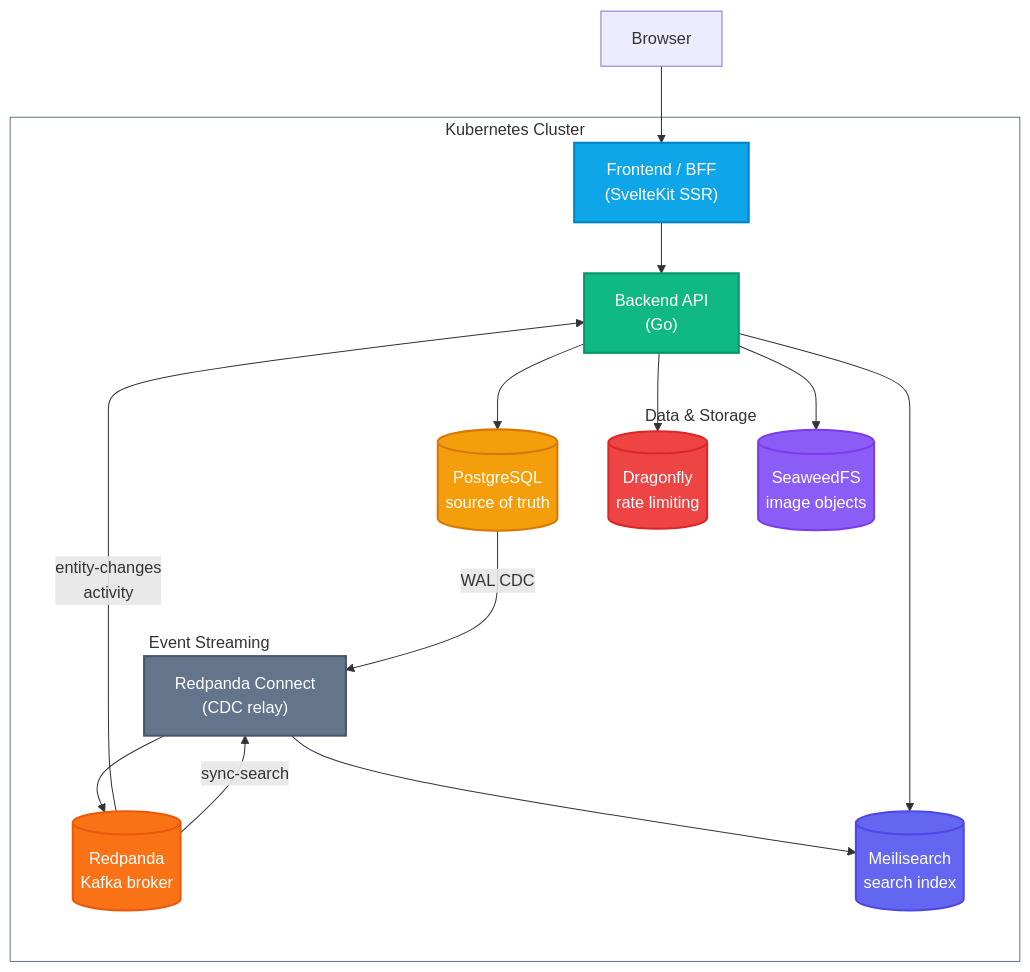
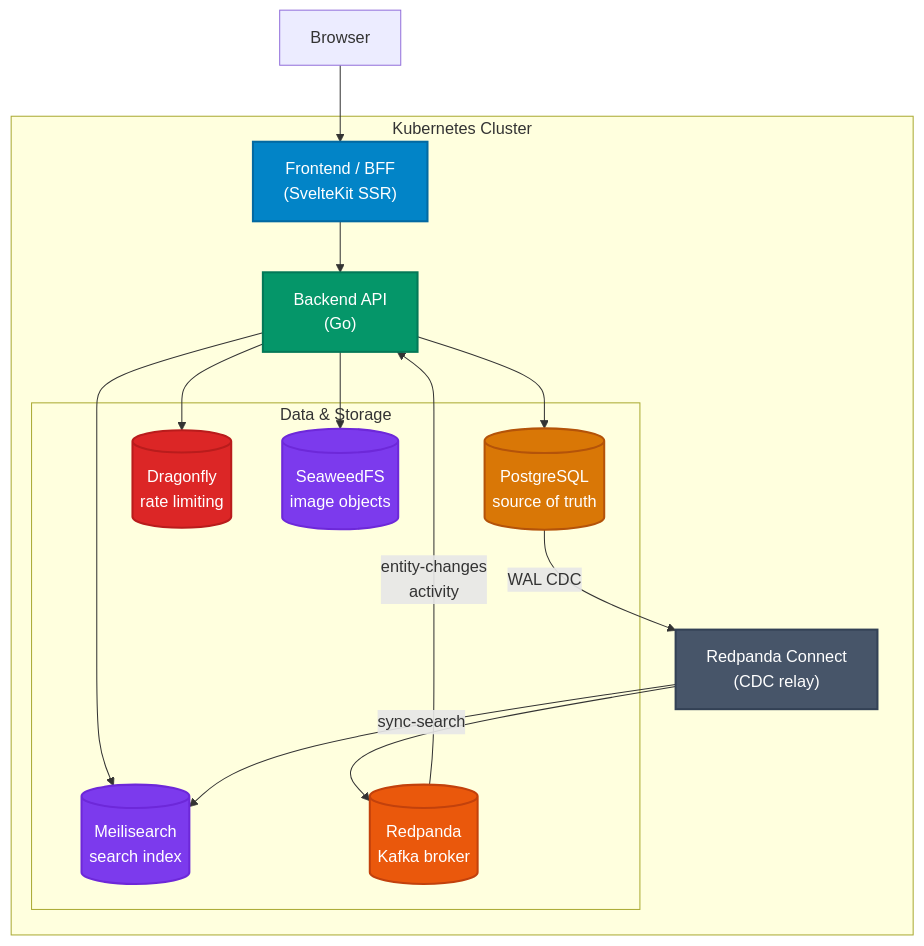
The diagram in README.md (robbdimitrov/pixelgram), drawn with Mermaid before and after one commit. The commit also changed 1 other file, not shown here.

Commit message:
docs: update audit tracker with completed fixes

````diff
--- a/README.md
+++ b/README.md
@@ -23,46 +23,38 @@
 ```mermaid
 graph TD
     Browser["Browser"]
 
     subgraph cluster ["Kubernetes Cluster"]
         Web["Frontend / BFF<br>(SvelteKit SSR)"]:::frontend
         API["Backend API<br>(Go)"]:::backend
 
         subgraph data ["Data & Storage"]
             DB[("PostgreSQL<br>source of truth")]:::database
             Cache[("Dragonfly<br>rate limiting")]:::cache
             Blob[("SeaweedFS<br>image objects")]:::storage
-            Search[("Meilisearch<br>search index")]:::search
+            Search[("Meilisearch<br>search index")]:::storage
+            Broker[("Redpanda<br>Kafka broker")]:::broker
         end
-
-        subgraph streaming ["Event Streaming"]
-            Broker[("Redpanda<br>Kafka broker")]:::broker
-            Connect["Redpanda Connect<br>(CDC relay)"]:::connect
-        end
+        Connect["Redpanda Connect<br>(CDC relay)"]:::relay
     end
 
     Browser --> Web
     Web --> API
-    API --> DB
-    API --> Cache
-    API --> Blob
-    API --> Search
+    
+    API --> DB & Cache & Blob & Search
+    
     DB -->|WAL CDC| Connect
     Connect --> Broker
     Broker -->|entity-changes<br>activity| API
-    Broker -->|sync-search| Connect
-    Connect --> Search
+    Connect -->|sync-search| Search
 
-    classDef frontend fill:#0ea5e9,stroke:#0284c7,stroke-width:2px,color:#fff
-    classDef backend fill:#10b981,stroke:#059669,stroke-width:2px,color:#fff
-    classDef database fill:#f59e0b,stroke:#d97706,stroke-width:2px,color:#fff
-    classDef storage fill:#8b5cf6,stroke:#7c3aed,stroke-width:2px,color:#fff
-    classDef cache fill:#ef4444,stroke:#dc2626,stroke-width:2px,color:#fff
-    classDef search fill:#6366f1,stroke:#4f46e5,stroke-width:2px,color:#fff
-    classDef broker fill:#f97316,stroke:#ea580c,stroke-width:2px,color:#fff
-    classDef connect fill:#64748b,stroke:#475569,stroke-width:2px,color:#fff
-
-    style cluster fill:transparent,stroke:#64748b
-    style data fill:transparent,stroke:transparent
-    style streaming fill:transparent,stroke:transparent
+    %% Standardized Accessible Color Palette
+    classDef frontend fill:#0284c7,stroke:#0369a1,stroke-width:2px,color:#fff
+    classDef gateway fill:#4f46e5,stroke:#4338ca,stroke-width:2px,color:#fff
+    classDef backend fill:#059669,stroke:#047857,stroke-width:2px,color:#fff
+    classDef database fill:#d97706,stroke:#b45309,stroke-width:2px,color:#fff
+    classDef cache fill:#dc2626,stroke:#b91c1c,stroke-width:2px,color:#fff
+    classDef broker fill:#ea580c,stroke:#c2410c,stroke-width:2px,color:#fff
+    classDef storage fill:#7c3aed,stroke:#6d28d9,stroke-width:2px,color:#fff
+    classDef relay fill:#475569,stroke:#334155,stroke-width:2px,color:#fff
 ```
````
